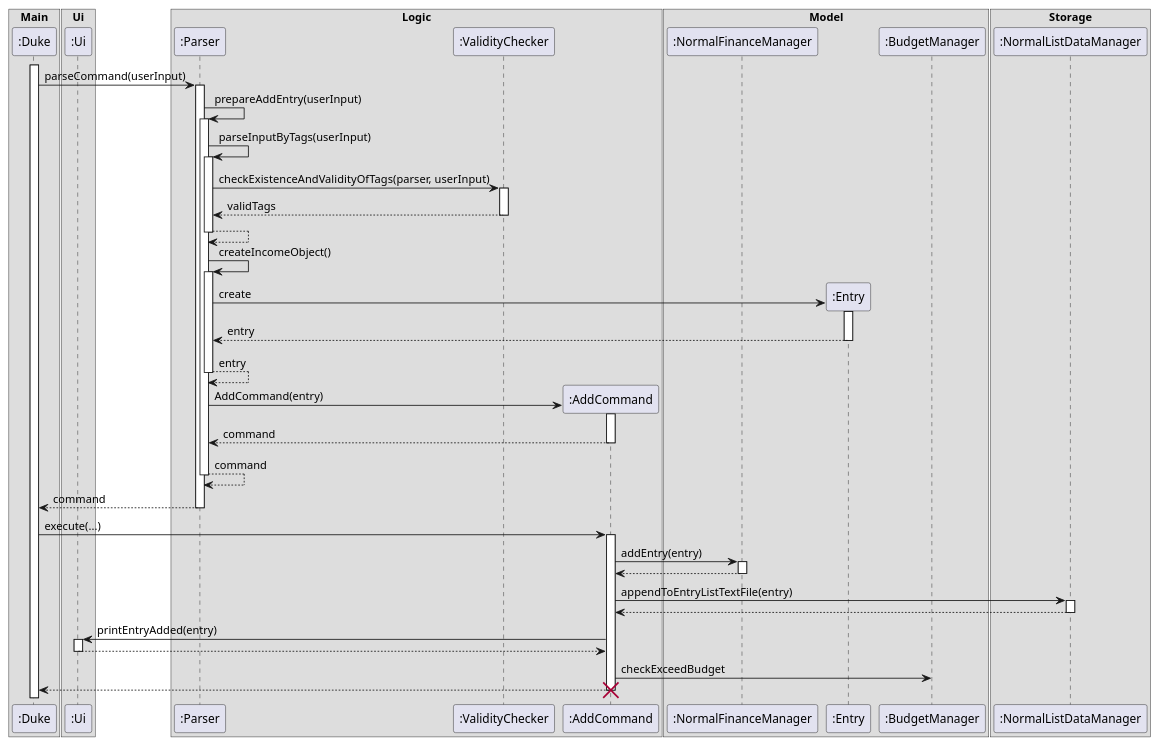
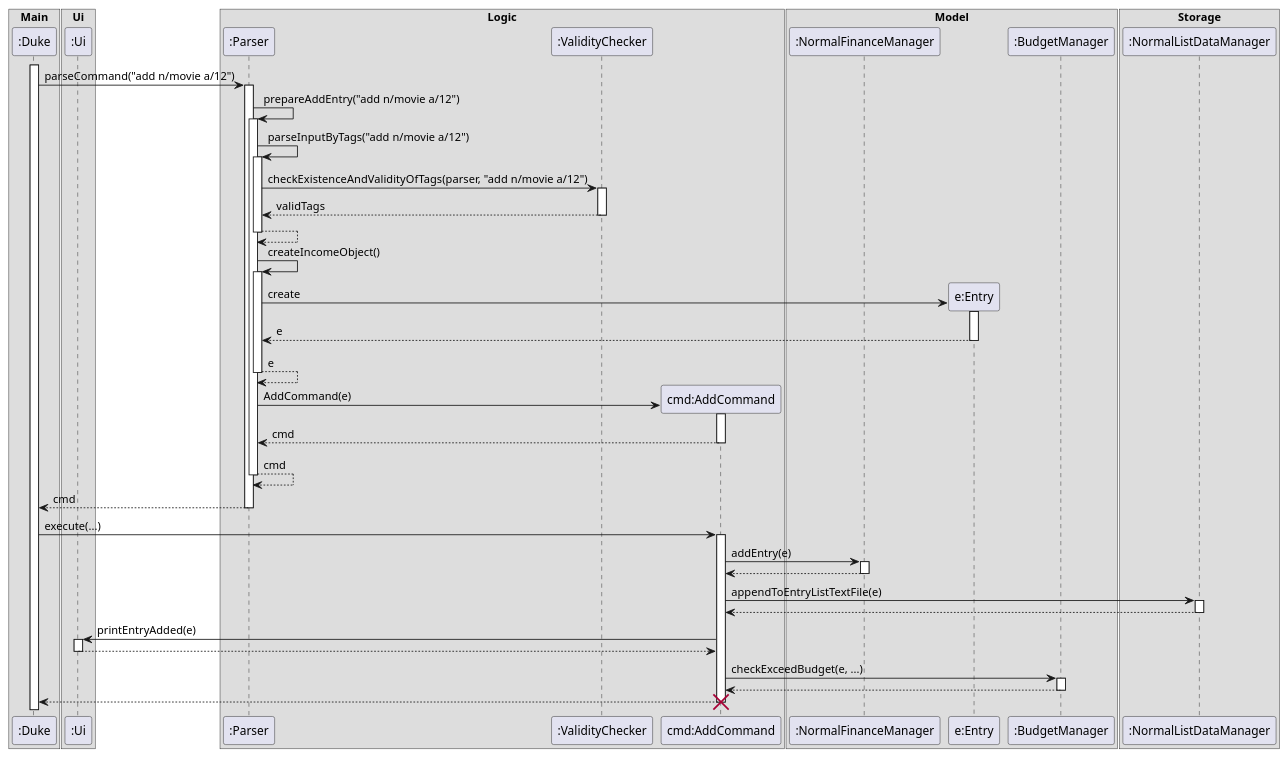
The diagram in docs/diagrams/LogicSequenceDiagram.puml (yanjia1777/tp), drawn with PlantUML before and after one commit. The commit also changed 2 other files, not shown here.

```diff
--- a/docs/diagrams/LogicSequenceDiagram.puml
+++ b/docs/diagrams/LogicSequenceDiagram.puml
@@ -1,89 +1,89 @@
 @startuml
 box Main
 Participant ":Duke" as Duke
 end box
 box Ui
 Participant ":Ui" as Ui
 end box
 box Logic
 Participant ":Parser" as Parser
 Participant ":ValidityChecker" as Valid
-Participant ":AddCommand" as DeleteCommand
+Participant "cmd:AddCommand" as DeleteCommand
 end box
-
-
 
 box Model
 Participant ":NormalFinanceManager" as NormalFinanceManager
-Participant ":Entry" as Entry
+Participant "e:Entry" as Entry
 Participant ":BudgetManager" as Budget
 end box
 
 box Storage
 Participant ":NormalListDataManager" as NormalListDataManager
 end box
 
 activate Duke
-Duke -> Parser : parseCommand(userInput)
+Duke -> Parser : parseCommand("add n/movie a/12")
 activate Parser
 
-Parser -> Parser : prepareAddEntry(userInput)
+Parser -> Parser : prepareAddEntry("add n/movie a/12")
 activate Parser
-Parser -> Parser : parseInputByTags(userInput)
+Parser -> Parser : parseInputByTags("add n/movie a/12")
 activate Parser
-Parser -> Valid : checkExistenceAndValidityOfTags(parser, userInput)
+Parser -> Valid : checkExistenceAndValidityOfTags(parser, "add n/movie a/12")
 activate Valid
 Valid --> Parser : validTags
 deactivate Valid
-
 
 Parser --> Parser
 deactivate Parser
 Parser -> Parser : createIncomeObject()
 
 activate Parser
 create Entry
 
 Parser -> Entry : create
 activate Entry
-Entry --> Parser : entry
+Entry --> Parser : e
 deactivate Entry
-Parser --> Parser : entry
+Parser --> Parser : e
 deactivate Parser
 
 create DeleteCommand
-Parser -> DeleteCommand : AddCommand(entry)
+Parser -> DeleteCommand : AddCommand(e)
 activate DeleteCommand
-DeleteCommand --> Parser : command
+DeleteCommand --> Parser : cmd
 deactivate DeleteCommand
-Parser --> Parser : command
+Parser --> Parser : cmd
 deactivate Parser
-Parser --> Duke : command
+Parser --> Duke : cmd
 
 deactivate Parser
 
 Duke -> DeleteCommand : execute(...)
 
 activate DeleteCommand
-DeleteCommand -> NormalFinanceManager : addEntry(entry)
+DeleteCommand -> NormalFinanceManager : addEntry(e)
 activate NormalFinanceManager
 NormalFinanceManager --> DeleteCommand
 deactivate NormalFinanceManager
 
-DeleteCommand -> NormalListDataManager : appendToEntryListTextFile(entry)
+DeleteCommand -> NormalListDataManager : appendToEntryListTextFile(e)
 activate NormalListDataManager
 NormalListDataManager --> DeleteCommand
 deactivate NormalListDataManager
 
 
-DeleteCommand -> Ui : printEntryAdded(entry)
+DeleteCommand -> Ui : printEntryAdded(e)
 
 activate Ui
 Ui --> DeleteCommand
 deactivate Ui
-DeleteCommand -> Budget : checkExceedBudget
+DeleteCommand -> Budget : checkExceedBudget(e, ...)
+activate Budget
+Budget --> DeleteCommand
+deactivate Budget
 
 DeleteCommand --> Duke
 deactivate DeleteCommand
 destroy DeleteCommand
 @enduml
```
